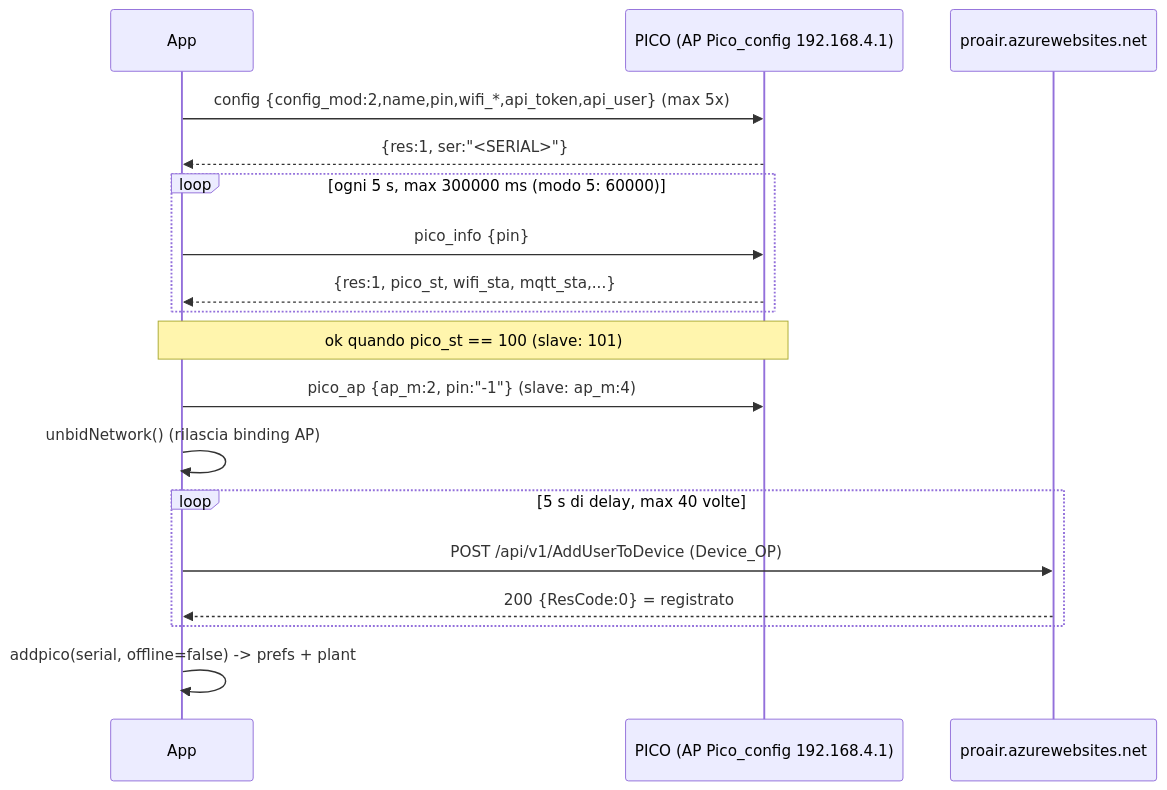
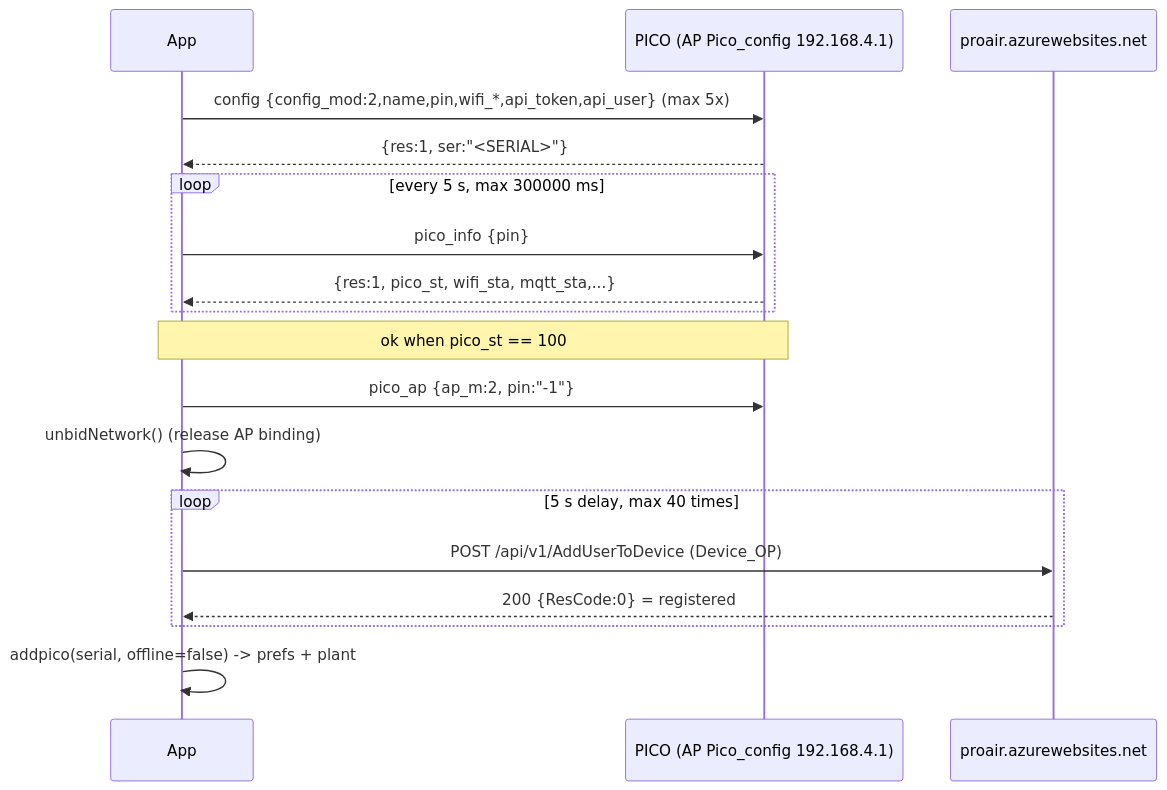
Before and after one commit to VoidElle/open-pico-local-api: the second of 2 diagrams in docs/app-flows/03-provisioning.md, drawn with Mermaid. The commit also changed other lines of this file and 5 other files, not shown here.

Commit message:
docs: Added app flows

````diff
--- a/docs/app-flows/03-provisioning.md
+++ b/docs/app-flows/03-provisioning.md
@@ -246,20 +243,20 @@
 ```mermaid
 sequenceDiagram
   participant App
   participant Dev as PICO (AP Pico_config 192.168.4.1)
   participant Cloud as proair.azurewebsites.net
   App->>Dev: config {config_mod:2,name,pin,wifi_*,api_token,api_user} (max 5x)
   Dev-->>App: {res:1, ser:"<SERIAL>"}
-  loop ogni 5 s, max 300000 ms (modo 5: 60000)
+  loop every 5 s, max 300000 ms
     App->>Dev: pico_info {pin}
     Dev-->>App: {res:1, pico_st, wifi_sta, mqtt_sta,...}
   end
-  Note over App,Dev: ok quando pico_st == 100 (slave: 101)
-  App->>Dev: pico_ap {ap_m:2, pin:"-1"}   (slave: ap_m:4)
-  App->>App: unbidNetwork() (rilascia binding AP)
-  loop 5 s di delay, max 40 volte
+  Note over App,Dev: ok when pico_st == 100
+  App->>Dev: pico_ap {ap_m:2, pin:"-1"}
+  App->>App: unbidNetwork() (release AP binding)
+  loop 5 s delay, max 40 times
     App->>Cloud: POST /api/v1/AddUserToDevice (Device_OP)
-    Cloud-->>App: 200 {ResCode:0} = registrato
+    Cloud-->>App: 200 {ResCode:0} = registered
   end
   App->>App: addpico(serial, offline=false) -> prefs + plant
 ```
````
